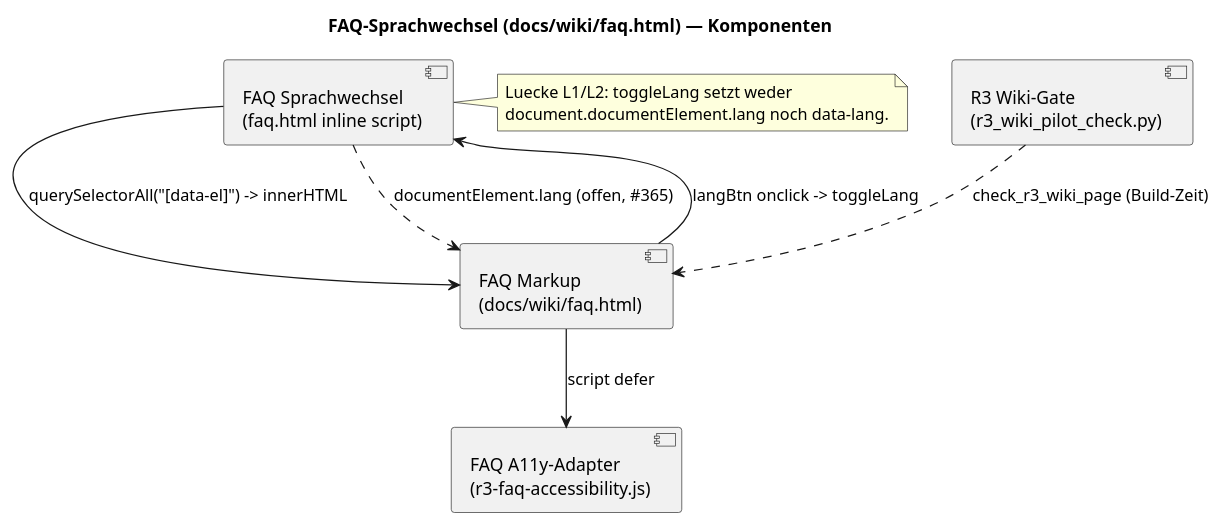
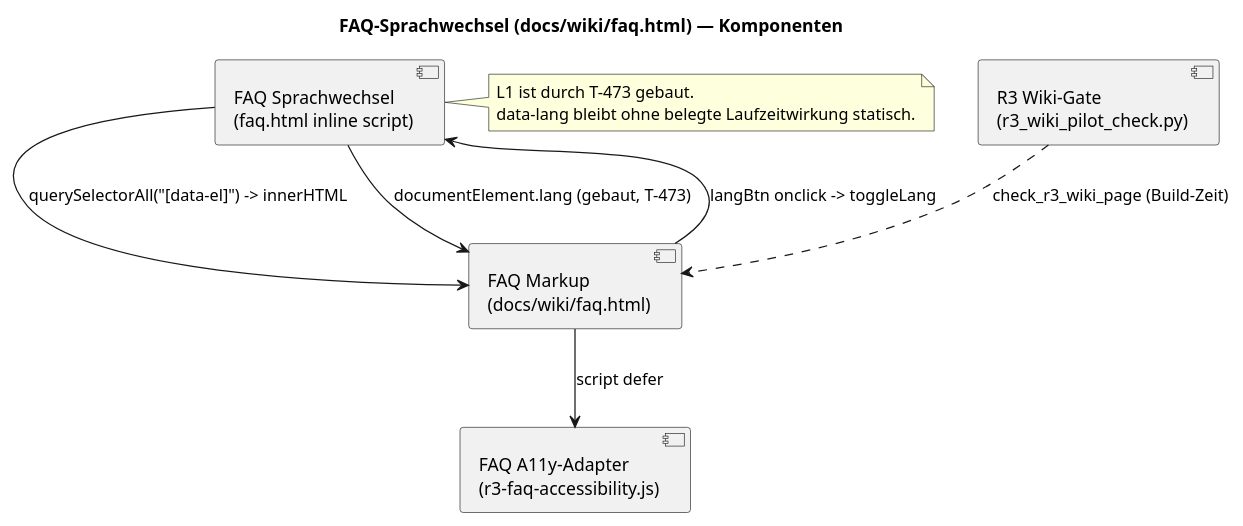
Diagram 18 of 20 in docs/architecture/map.puml (NeaBouli/pnyx), drawn with PlantUML before and after one commit. The commit also changed other lines of this file and 14 other files, not shown here.

```diff
--- a/docs/architecture/map.puml
+++ b/docs/architecture/map.puml
@@ -402,19 +402,19 @@
 @startuml faq-lang-components
 title FAQ-Sprachwechsel (docs/wiki/faq.html) — Komponenten
 
 component "FAQ Markup\n(docs/wiki/faq.html)" as Markup
 component "FAQ Sprachwechsel\n(faq.html inline script)" as Toggle
 component "FAQ A11y-Adapter\n(r3-faq-accessibility.js)" as A11y
 component "R3 Wiki-Gate\n(r3_wiki_pilot_check.py)" as Gate
 
 Markup --> Toggle : langBtn onclick -> toggleLang
 Toggle --> Markup : querySelectorAll("[data-el]") -> innerHTML
-Toggle ..> Markup : documentElement.lang (offen, #365)
+Toggle --> Markup : documentElement.lang (gebaut, T-473)
 Markup --> A11y : script defer
 Gate ..> Markup : check_r3_wiki_page (Build-Zeit)
 
 note right of Toggle
-  Luecke L1/L2: toggleLang setzt weder
-  document.documentElement.lang noch data-lang.
+  L1 ist durch T-473 gebaut.
+  data-lang bleibt ohne belegte Laufzeitwirkung statisch.
 end note
 @enduml
```
